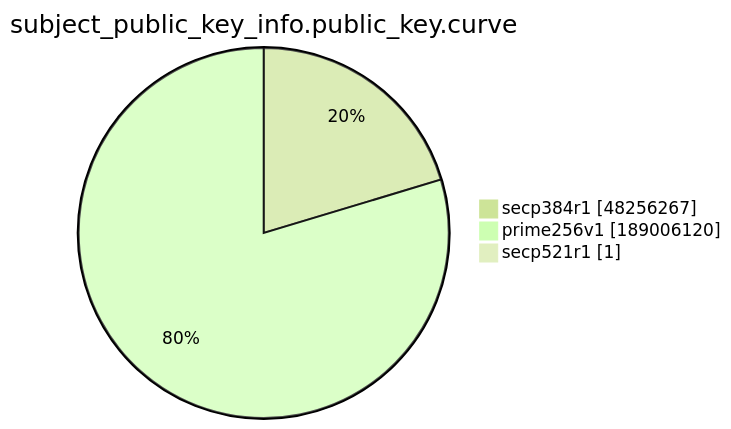
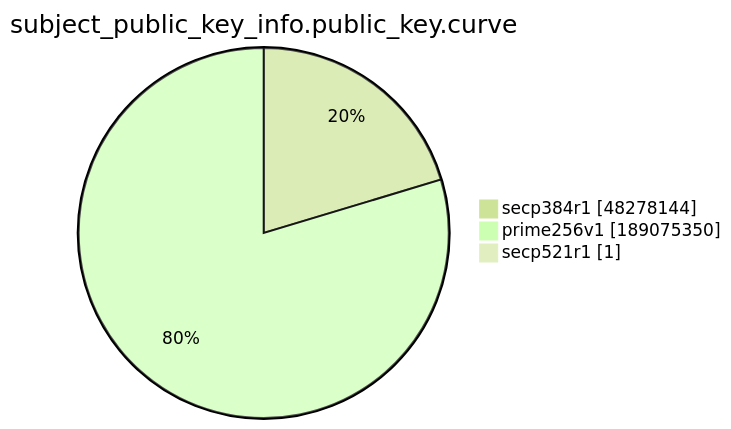
The ninth of 15 diagrams in xenon2022/README.md (christiankrug/ctmonitor_visualization), drawn with Mermaid (forest theme) before and after one commit. The commit also changed other lines of this file, not shown here.

````diff
--- a/xenon2022/README.md
+++ b/xenon2022/README.md
@@ -2874,7 +2874,7 @@
 ```mermaid
 pie showData
 title subject_public_key_info.public_key.curve
-"secp384r1" :48256267
-"prime256v1" :189006120
+"secp384r1" :48278144
+"prime256v1" :189075350
 "secp521r1" :1
 ```
````
